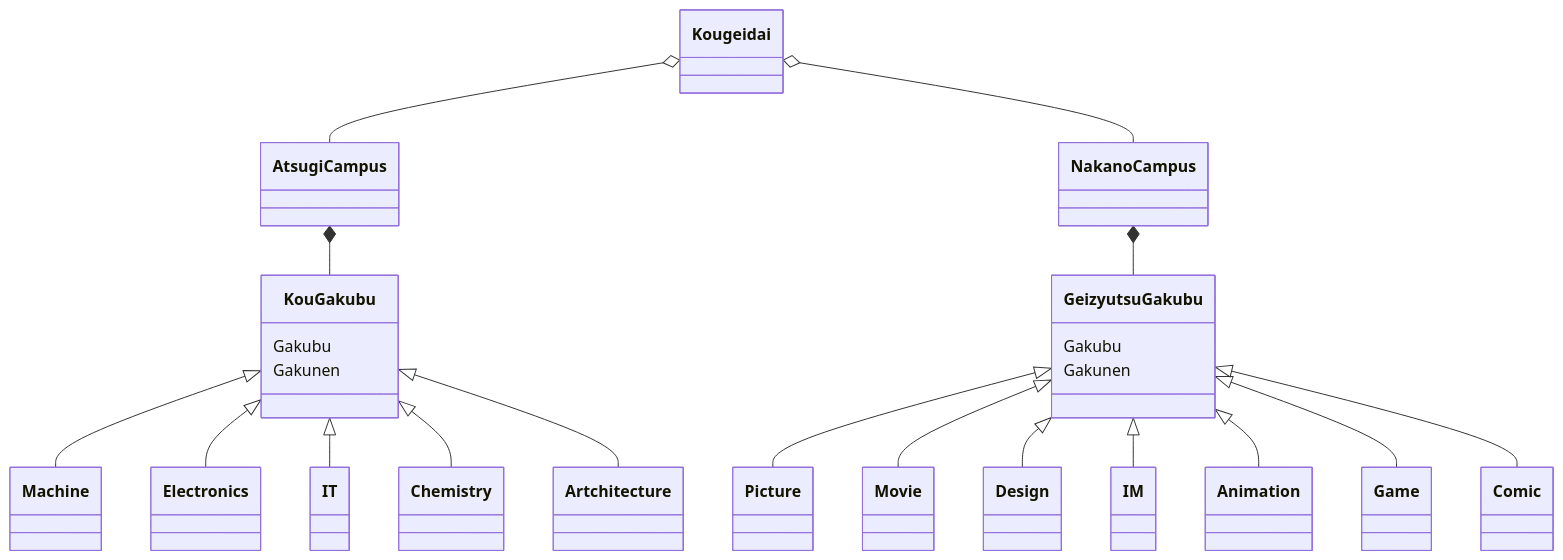
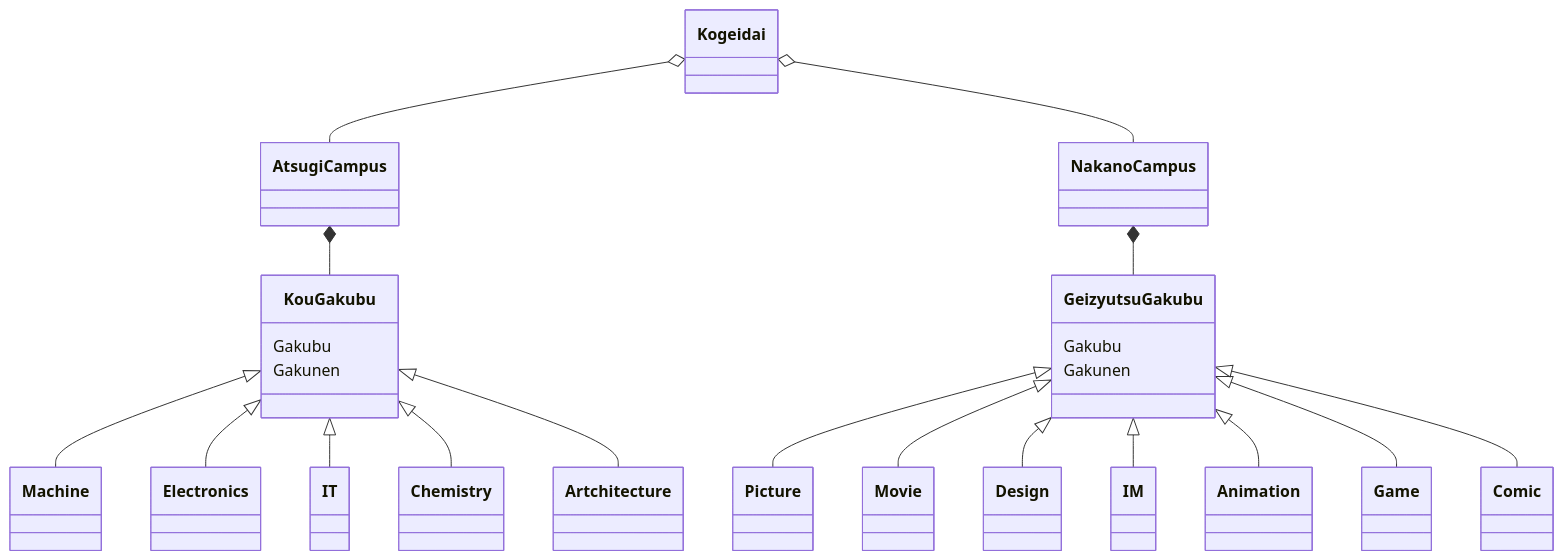
The third of 3 diagrams in README.md (tpu-game-2022/mermaid_test), drawn with Mermaid before and after one commit.

````diff
--- a/README.md
+++ b/README.md
@@ -85,23 +85,23 @@
 ```mermaid
 classDiagram
-Kougeidai o-- AtsugiCampus
-Kougeidai o-- NakanoCampus
+Kogeidai o-- AtsugiCampus
+Kogeidai o-- NakanoCampus
 AtsugiCampus *-- KouGakubu
 KouGakubu:Gakubu
 KouGakubu:Gakunen
 KouGakubu<|--Machine
 KouGakubu<|--Electronics
 KouGakubu<|--IT
 KouGakubu<|--Chemistry
 KouGakubu<|--Artchitecture
 NakanoCampus *-- GeizyutsuGakubu
 GeizyutsuGakubu:Gakubu
 GeizyutsuGakubu:Gakunen
 GeizyutsuGakubu<|--Picture
 GeizyutsuGakubu<|--Movie
 GeizyutsuGakubu<|--Design
 GeizyutsuGakubu<|--IM
 GeizyutsuGakubu<|--Animation
 GeizyutsuGakubu<|--Game
 GeizyutsuGakubu<|--Comic
 ```
````
